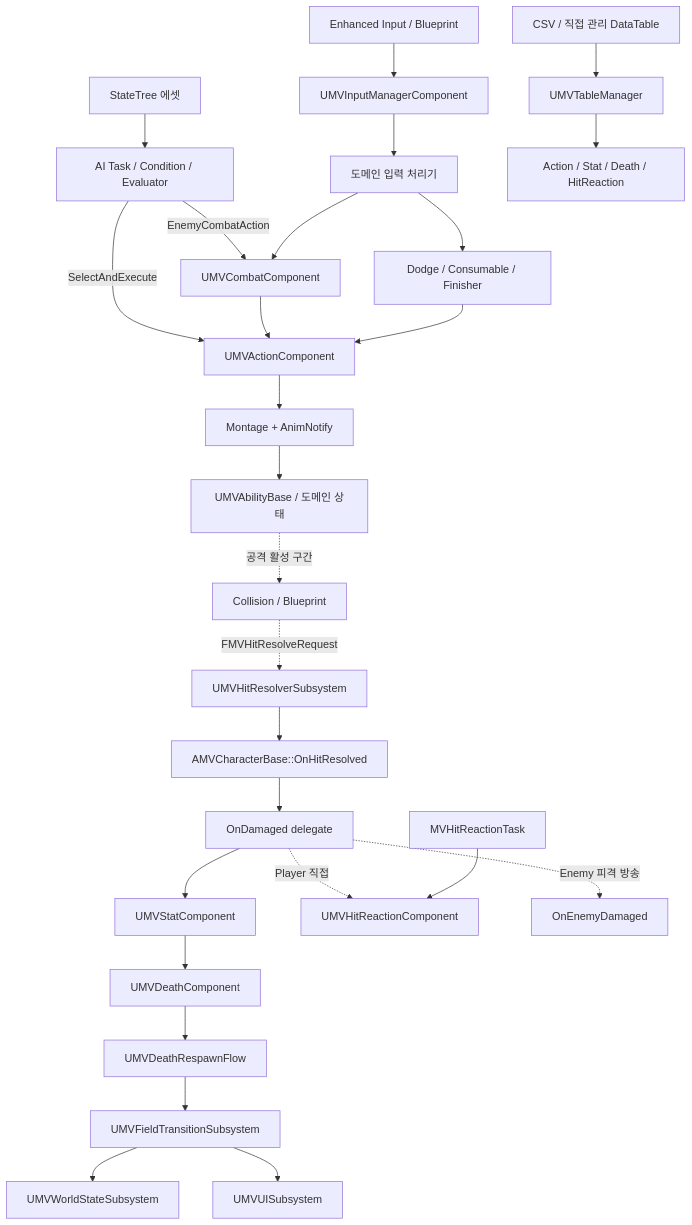
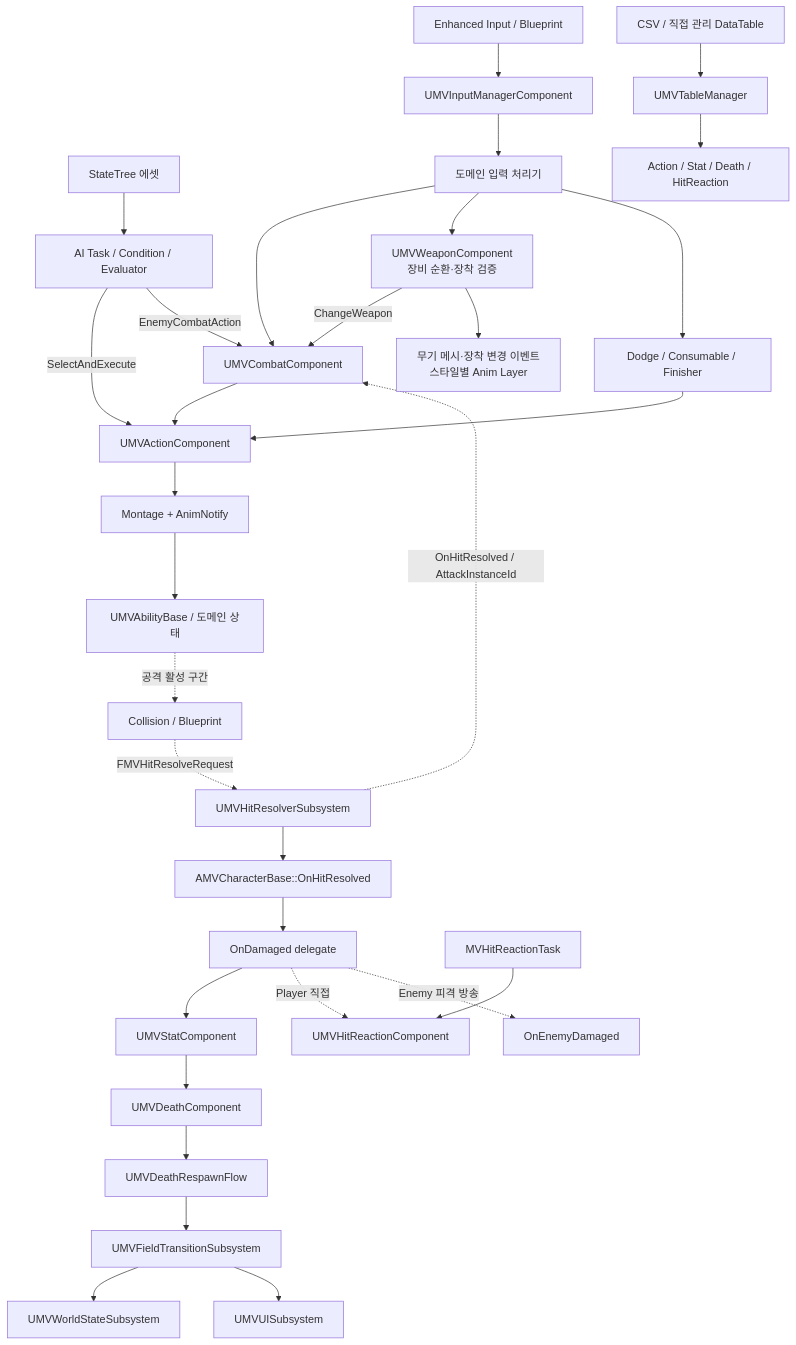
The diagram in docs/wiki/Architecture/document.md (DreamersStudio3/Maverick), drawn with Mermaid before and after one commit. The commit also changed other lines of this file and 72 other files, not shown here.

````diff
--- a/docs/wiki/Architecture/document.md
+++ b/docs/wiki/Architecture/document.md
@@ -15,29 +15,33 @@
 ```mermaid
 flowchart TD
     Input["Enhanced Input / Blueprint"] --> InputManager["UMVInputManagerComponent"]
     StateTree["StateTree 에셋"] --> AITasks["AI Task / Condition / Evaluator"]
     InputManager --> Handlers["도메인 입력 처리기"]
     AITasks -->|SelectAndExecute| Action["UMVActionComponent"]
     AITasks -->|EnemyCombatAction| Combat["UMVCombatComponent"]
     Handlers --> Combat
+    Handlers --> Weapon["UMVWeaponComponent<br/>장비 순환·장착 검증"]
+    Weapon -->|ChangeWeapon| Combat
+    Weapon --> WeaponVisual["무기 메시·장착 변경 이벤트<br/>스타일별 Anim Layer"]
     Handlers --> PlayerDomains["Dodge / Consumable / Finisher"]
     Combat --> Action
     PlayerDomains --> Action
     Action --> Montage["Montage + AnimNotify"]
     Montage --> Ability["UMVAbilityBase / 도메인 상태"]
     Ability -. "공격 활성 구간" .-> HitSource["Collision / Blueprint"]
     HitSource -. "FMVHitResolveRequest" .-> HitResolver["UMVHitResolverSubsystem"]
+    HitResolver -. "OnHitResolved / AttackInstanceId" .-> Combat
     HitResolver --> CharacterBridge["AMVCharacterBase::OnHitResolved"]
     CharacterBridge --> OnDamaged["OnDamaged delegate"]
     OnDamaged --> Stat["UMVStatComponent"]
     OnDamaged -. "Player 직접" .-> HitReaction["UMVHitReactionComponent"]
     OnDamaged -. "Enemy 피격 방송" .-> EnemyDamaged["OnEnemyDamaged"]
     EnemyTask["MVHitReactionTask"] --> HitReaction
     Stat --> Death["UMVDeathComponent"]
     Death --> Respawn["UMVDeathRespawnFlow"]
     Respawn --> Transition["UMVFieldTransitionSubsystem"]
     Transition --> WorldState["UMVWorldStateSubsystem"]
     Transition --> UI["UMVUISubsystem"]
     Tables["CSV / 직접 관리 DataTable"] --> TableManager["UMVTableManager"]
     TableManager --> RuntimeConsumers["Action / Stat / Death / HitReaction"]
 ```
````
